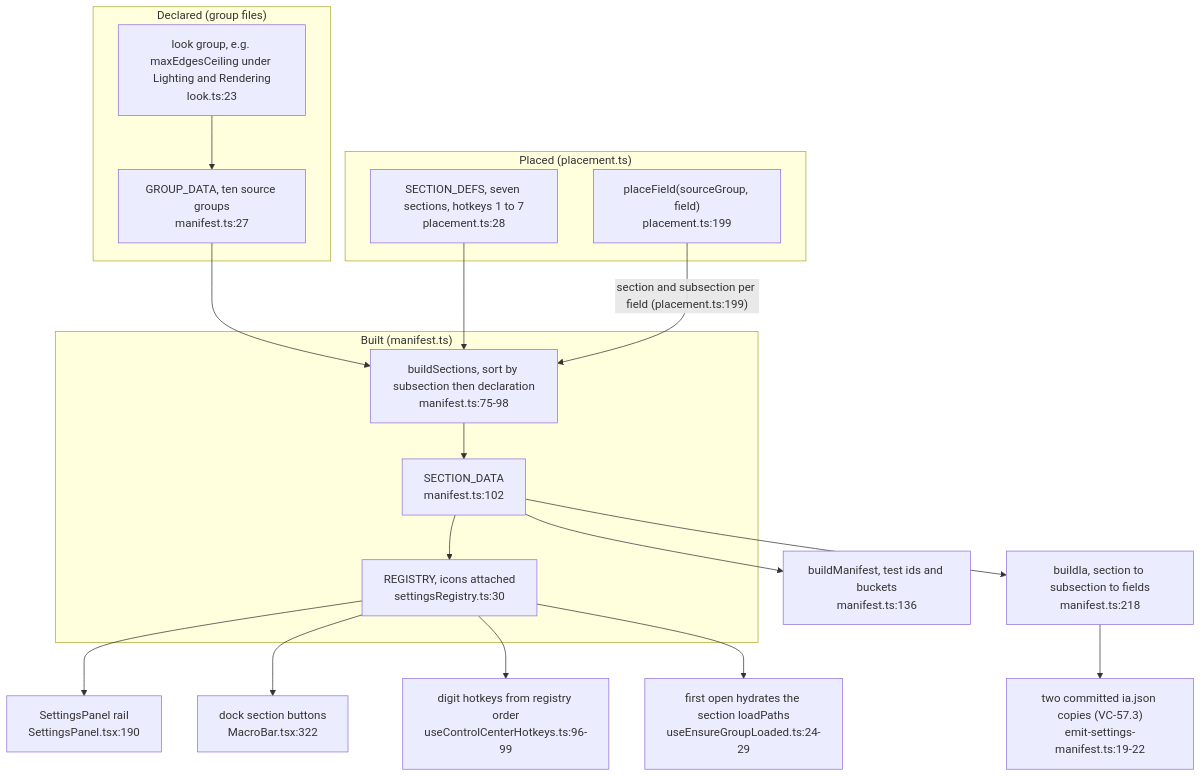
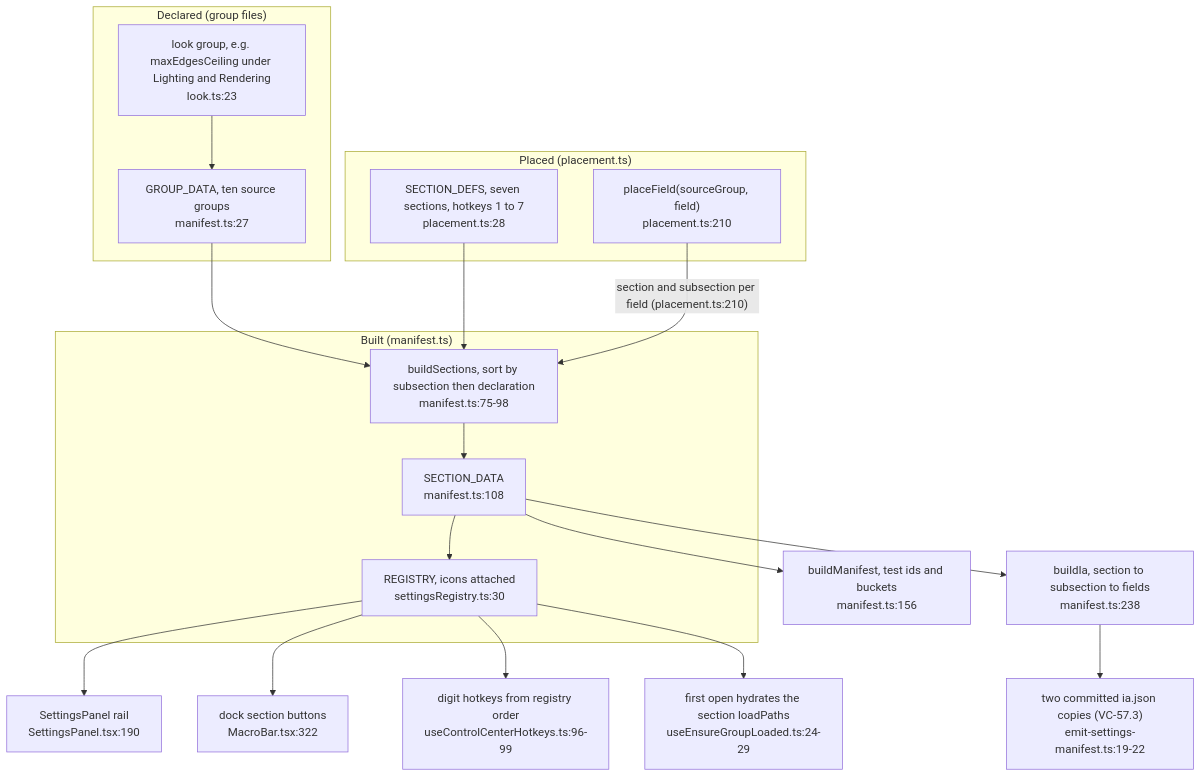
Before and after one commit to DreamLab-AI/VisionFlow: the first of 12 diagrams in docs/diagrams/visionclaw/57-control-centre-ia-and-drawer.md, drawn with Mermaid. The commit also changed other lines of this file and 46 other files, not shown here.

Commit message:
docs(diagrams): re-verify VisionClaw topics at 809a859aa/a950f4d80 after the consolidation pass

````diff
--- a/docs/diagrams/visionclaw/57-control-centre-ia-and-drawer.md
+++ b/docs/diagrams/visionclaw/57-control-centre-ia-and-drawer.md
@@ -64,28 +76,28 @@
 ```mermaid
 flowchart TB
     subgraph decl["Declared (group files)"]
         GD["GROUP_DATA, ten source groups<br/>manifest.ts:27"]
         LOOK["look group, e.g. maxEdgesCeiling under Lighting and Rendering<br/>look.ts:23"]
     end
     subgraph place["Placed (placement.ts)"]
         SD["SECTION_DEFS, seven sections, hotkeys 1 to 7<br/>placement.ts:28"]
-        PF["placeField(sourceGroup, field)<br/>placement.ts:199"]
+        PF["placeField(sourceGroup, field)<br/>placement.ts:210"]
     end
     subgraph built["Built (manifest.ts)"]
         BS["buildSections, sort by subsection then declaration<br/>manifest.ts:75-98"]
-        SECD["SECTION_DATA<br/>manifest.ts:102"]
+        SECD["SECTION_DATA<br/>manifest.ts:108"]
         REG["REGISTRY, icons attached<br/>settingsRegistry.ts:30"]
     end
     GD --> BS
     LOOK --> GD
     SD --> BS
-    PF -->|"section and subsection per field (placement.ts:199)"| BS
+    PF -->|"section and subsection per field (placement.ts:210)"| BS
     BS --> SECD --> REG
     REG --> RAIL["SettingsPanel rail<br/>SettingsPanel.tsx:190"]
     REG --> DOCK["dock section buttons<br/>MacroBar.tsx:322"]
     REG --> HK["digit hotkeys from registry order<br/>useControlCenterHotkeys.ts:96-99"]
-    SECD --> BM["buildManifest, test ids and buckets<br/>manifest.ts:136"]
-    SECD --> BI["buildIa, section to subsection to fields<br/>manifest.ts:218"]
+    SECD --> BM["buildManifest, test ids and buckets<br/>manifest.ts:156"]
+    SECD --> BI["buildIa, section to subsection to fields<br/>manifest.ts:238"]
     BI --> IA2["two committed ia.json copies (VC-57.3)<br/>emit-settings-manifest.ts:19-22"]
     REG --> LOAD["first open hydrates the section loadPaths<br/>useEnsureGroupLoaded.ts:24-29"]
 ```
````
